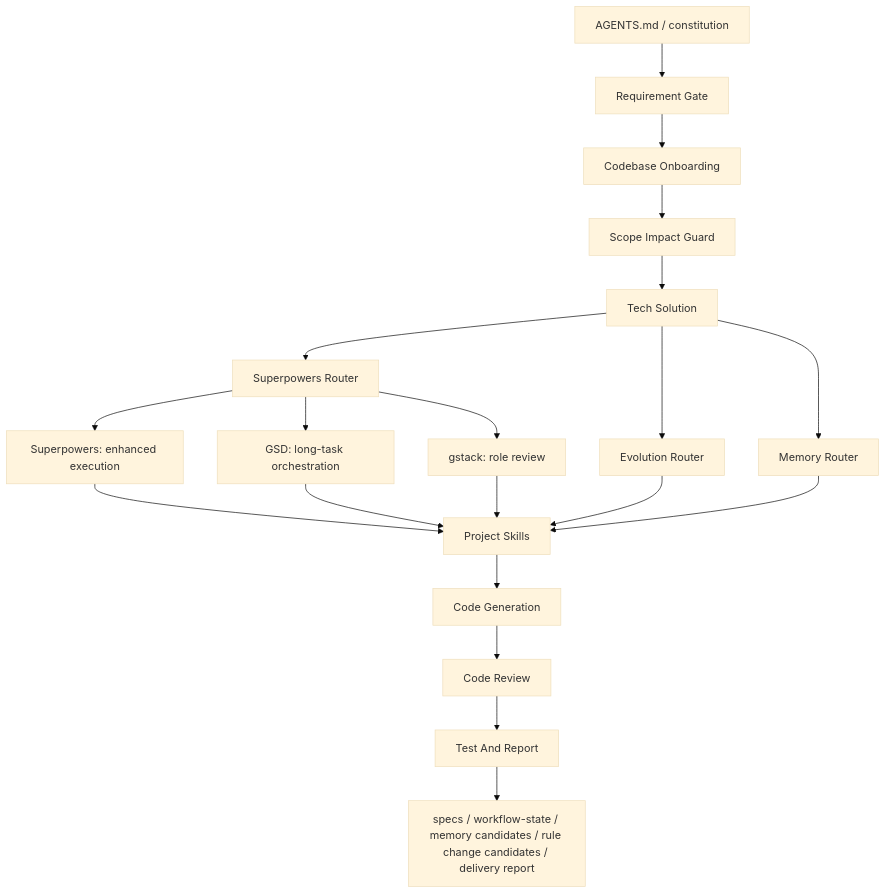
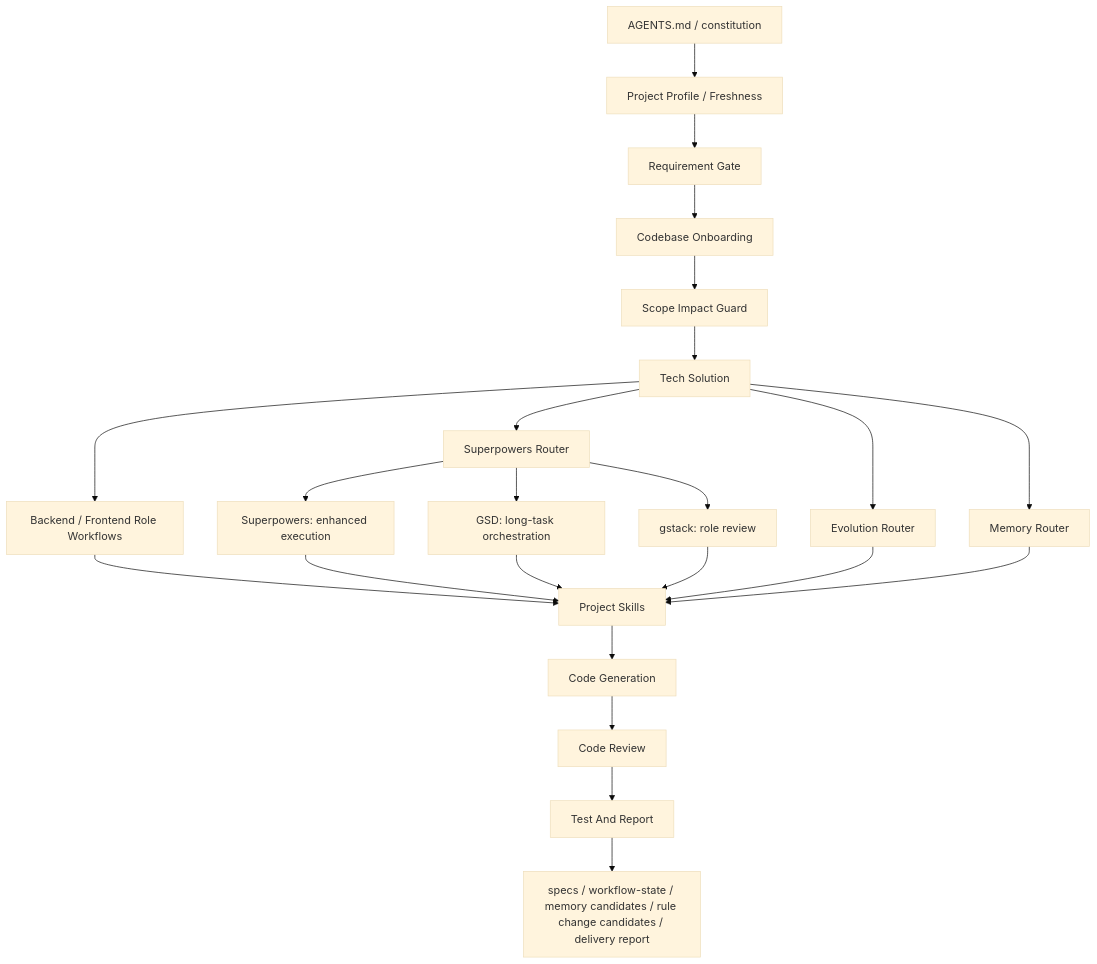
Before and after one commit to iizhan/workflow-skills: the diagram in README.md, drawn with Mermaid (base theme). The commit also changed other lines of this file and 86 other files, not shown here.

Commit message:
feat(workflow): add project-aware profiles and role workflows

````diff
--- a/README.md
+++ b/README.md
@@ -86,22 +86,25 @@
 ```mermaid
 flowchart TD
-  A["AGENTS.md / constitution"] --> B["Requirement Gate"]
+  A["AGENTS.md / constitution"] --> P["Project Profile / Freshness"]
+  P --> B["Requirement Gate"]
   B --> C["Codebase Onboarding"]
   C --> D["Scope Impact Guard"]
   D --> E["Tech Solution"]
+  E --> W["Backend / Frontend Role Workflows"]
   E --> F["Superpowers Router"]
   F --> G["Superpowers: enhanced execution"]
   F --> H["GSD: long-task orchestration"]
   F --> I["gstack: role review"]
   E --> R["Memory Router"]
   E --> Q["Evolution Router"]
-  G --> J["Project Skills"]
+  W --> J["Project Skills"]
+  G --> J
   H --> J
   I --> J
   Q --> J
   R --> J
   J --> K["Code Generation"]
   K --> L["Code Review"]
   L --> M["Test And Report"]
   M --> N["specs / workflow-state / memory candidates / rule change candidates / delivery report"]
 ```
````
